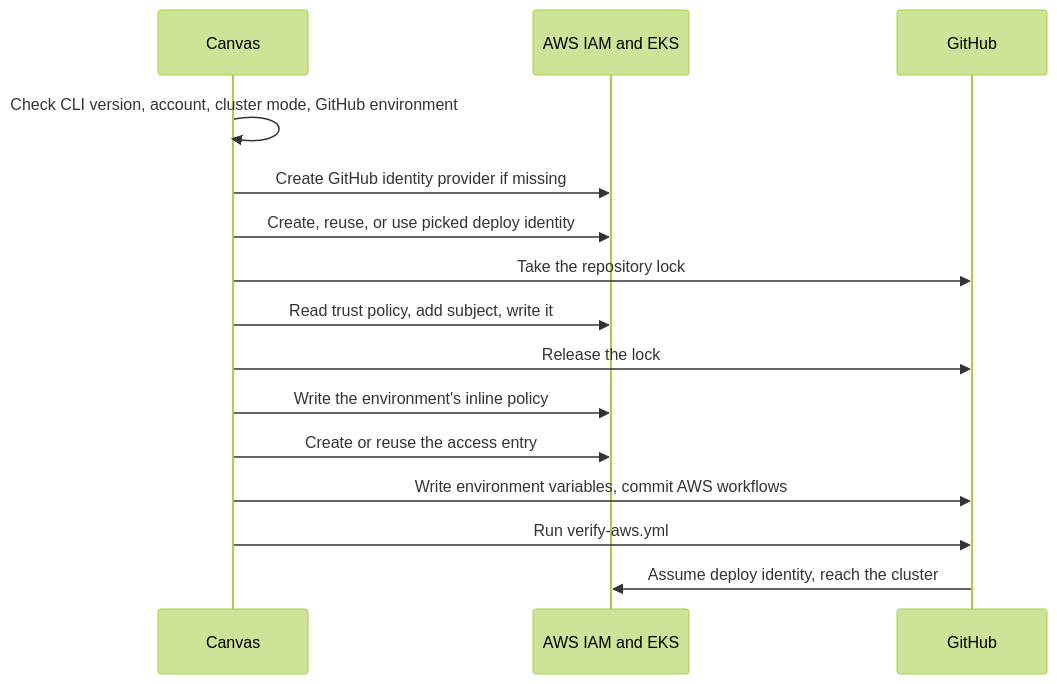
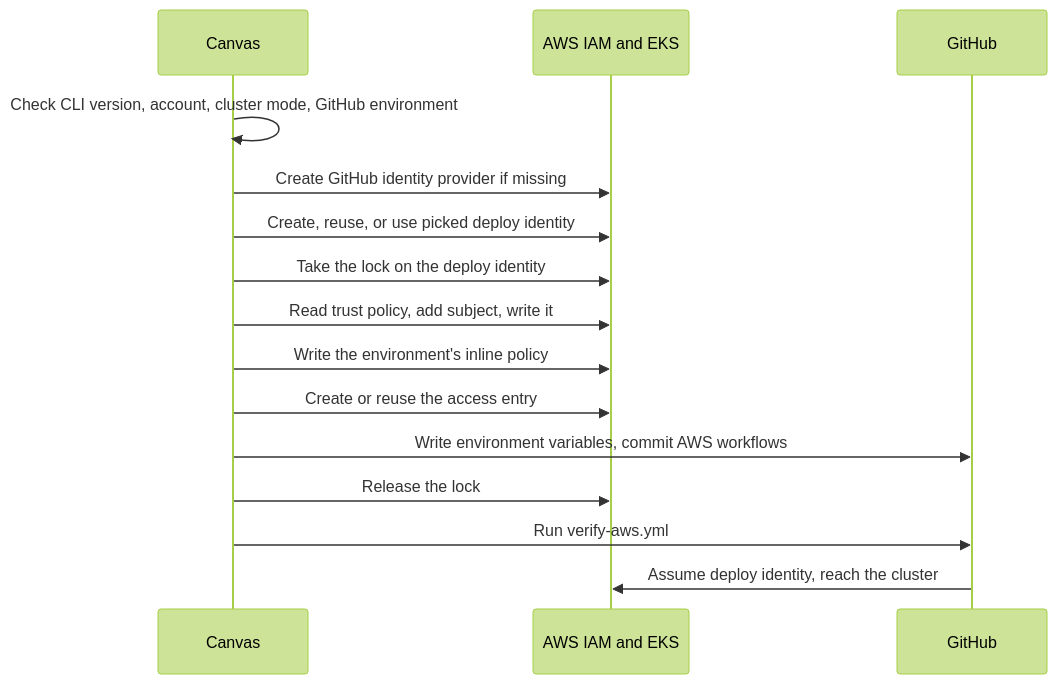
One commit to radius-project/ai-extensions changed the third of 3 diagrams in docs/design/2026-10-aws-canvas-support.md. Above: the diagram before and after it, drawn with Mermaid (forest theme). The commit also changed other lines of this file, not shown here.

First line of the commit message:
docs: address review feedback on the AWS canvas design

````diff
--- a/docs/design/2026-10-aws-canvas-support.md
+++ b/docs/design/2026-10-aws-canvas-support.md
@@ -238,17 +238,17 @@
 ```mermaid
 sequenceDiagram
   participant C as Canvas
   participant AWS as AWS IAM and EKS
   participant GH as GitHub
   C->>C: Check CLI version, account, cluster mode, GitHub environment
   C->>AWS: Create GitHub identity provider if missing
   C->>AWS: Create, reuse, or use picked deploy identity
-  C->>GH: Take the repository lock
+  C->>AWS: Take the lock on the deploy identity
   C->>AWS: Read trust policy, add subject, write it
-  C->>GH: Release the lock
   C->>AWS: Write the environment's inline policy
   C->>AWS: Create or reuse the access entry
   C->>GH: Write environment variables, commit AWS workflows
+  C->>AWS: Release the lock
   C->>GH: Run verify-aws.yml
   GH->>AWS: Assume deploy identity, reach the cluster
 ```
````
